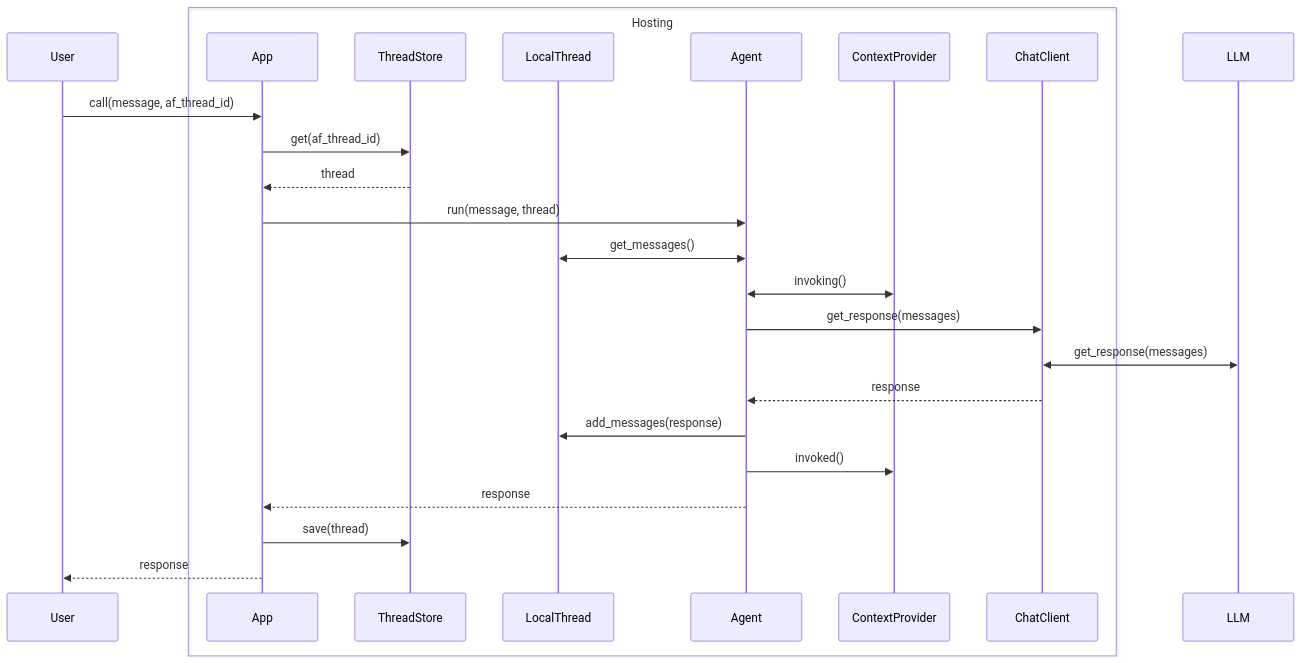
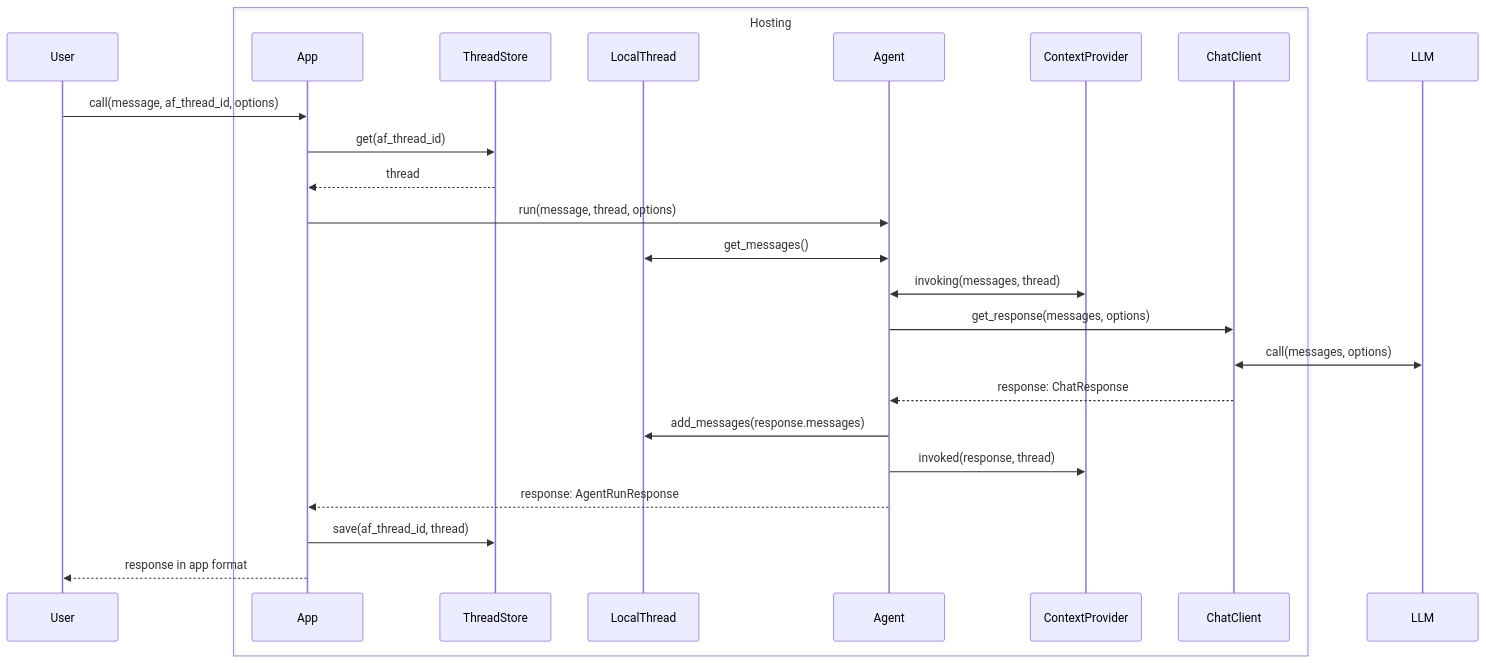
One commit to microsoft/agent-framework changed the seventh of 7 diagrams in docs/decisions/00XX-python-agent-threads.md. Above: the diagram before and after it, drawn with Mermaid. The commit also changed other lines of this file, not shown here.

Commit message:
updated flows

````diff
--- a/docs/decisions/00XX-python-agent-threads.md
+++ b/docs/decisions/00XX-python-agent-threads.md
@@ -240,29 +240,29 @@
 ```mermaid
 sequenceDiagram
 
         participant User
     box Hosting
         participant App
         participant ThreadStore
         participant LocalThread
         participant Agent
         participant ContextProvider
         participant ChatClient
     end
         participant LLM
 
-    User->>App: call(message, af_thread_id)
+    User->>App: call(message, af_thread_id, options)
     App->>ThreadStore: get(af_thread_id)
     ThreadStore-->>App: thread
-    App->>Agent: run(message, thread)
+    App->>Agent: run(message, thread, options)
     Agent<<->>LocalThread: get_messages()
-    Agent<<->>ContextProvider: invoking()
-    Agent->>ChatClient: get_response(messages)
-    ChatClient<<->>LLM: get_response(messages)
-    ChatClient-->>Agent: response
-    Agent->>LocalThread: add_messages(response)
-    Agent->>ContextProvider: invoked()
-    Agent-->>App: response
-    App->>ThreadStore: save(thread)
-    App-->>User: response
+    Agent<<->>ContextProvider: invoking(messages, thread)
+    Agent->>ChatClient: get_response(messages, options)
+    ChatClient<<->>LLM: call(messages, options)
+    ChatClient-->>Agent: response: ChatResponse
+    Agent->>LocalThread: add_messages(response.messages)
+    Agent->>ContextProvider: invoked(response, thread)
+    Agent-->>App: response: AgentRunResponse
+    App->>ThreadStore: save(af_thread_id, thread)
+    App-->>User: response in app format
 ```
````
